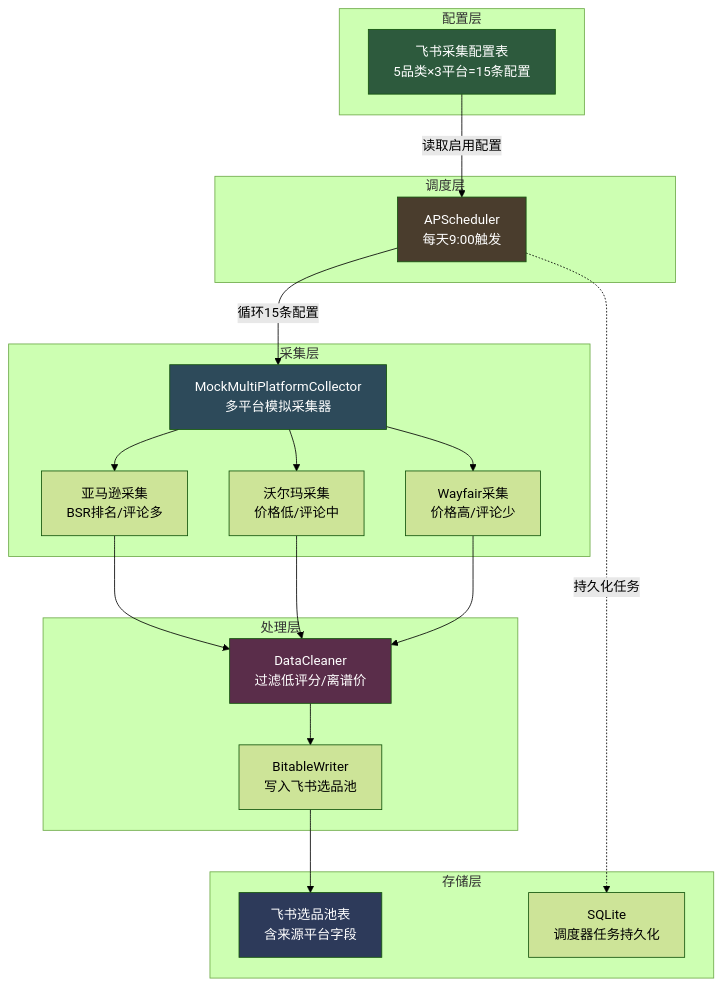
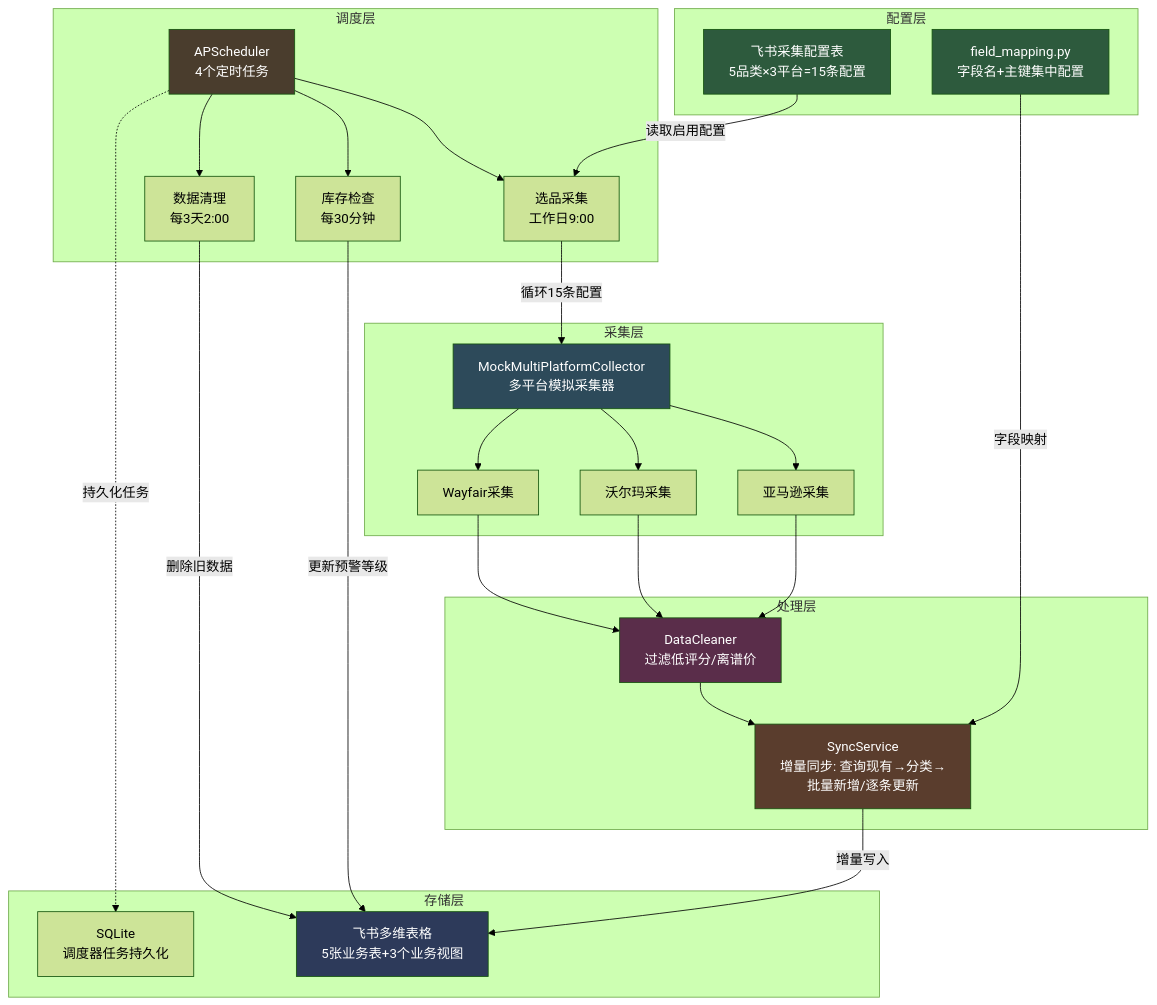
Before and after one commit to lbh1nb/cross-border-ai-platform: the first of 7 diagrams in ARCHITECTURE.md, drawn with Mermaid (forest theme). The commit also changed other lines of this file and 8 other files, not shown here.

````diff
--- a/ARCHITECTURE.md
+++ b/ARCHITECTURE.md
@@ -7,45 +7,57 @@
 ```mermaid
 flowchart TB
     subgraph 配置层
         A1[飞书采集配置表<br/>5品类×3平台=15条配置]
+        A2[field_mapping.py<br/>字段名+主键集中配置]
     end
 
     subgraph 调度层
-        B1[APScheduler<br/>每天9:00触发]
+        B1[APScheduler<br/>4个定时任务]
+        B2[选品采集<br/>工作日9:00]
+        B3[库存检查<br/>每30分钟]
+        B4[数据清理<br/>每3天2:00]
+        B1 --> B2
+        B1 --> B3
+        B1 --> B4
     end
 
     subgraph 采集层
         C1[MockMultiPlatformCollector<br/>多平台模拟采集器]
-        C2[亚马逊采集<br/>BSR排名/评论多]
-        C3[沃尔玛采集<br/>价格低/评论中]
-        C4[Wayfair采集<br/>价格高/评论少]
+        C2[亚马逊采集]
+        C3[沃尔玛采集]
+        C4[Wayfair采集]
         C1 --> C2
         C1 --> C3
         C1 --> C4
     end
 
     subgraph 处理层
         D1[DataCleaner<br/>过滤低评分/离谱价]
-        D2[BitableWriter<br/>写入飞书选品池]
+        D2[SyncService<br/>增量同步: 查询现有→分类→批量新增/逐条更新]
     end
 
     subgraph 存储层
-        E1[飞书选品池表<br/>含来源平台字段]
+        E1[飞书多维表格<br/>5张业务表+3个业务视图]
         E2[SQLite<br/>调度器任务持久化]
     end
 
-    A1 -->|读取启用配置| B1
-    B1 -->|循环15条配置| C1
+    A1 -->|读取启用配置| B2
+    A2 -->|字段映射| D2
+    B2 -->|循环15条配置| C1
     C2 --> D1
     C3 --> D1
     C4 --> D1
     D1 --> D2
-    D2 --> E1
+    D2 -->|增量写入| E1
+    B3 -->|更新预警等级| E1
+    B4 -->|删除旧数据| E1
     B1 -.->|持久化任务| E2
 
     style A1 fill:#2d5a3d,color:#fff
+    style A2 fill:#2d5a3d,color:#fff
     style B1 fill:#4a3d2d,color:#fff
     style C1 fill:#2d4a5a,color:#fff
     style D1 fill:#5a2d4a,color:#fff
+    style D2 fill:#5a3d2d,color:#fff
     style E1 fill:#2d3a5a,color:#fff
 ```
````
